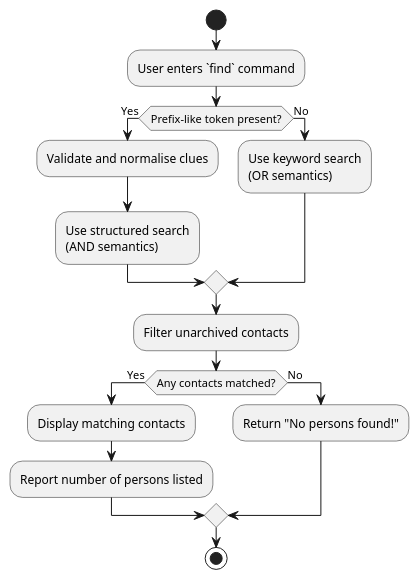
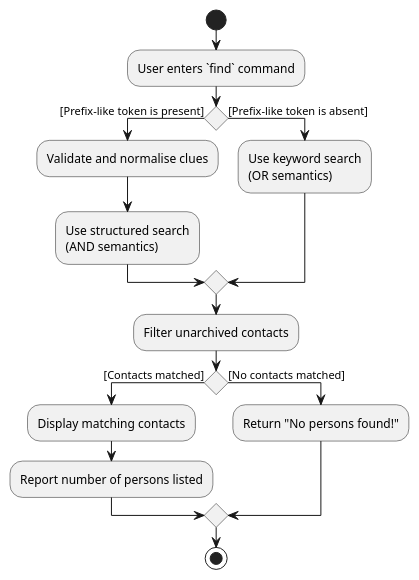
One commit to AY2627S1-CS2103T-W10-2/tp changed the diagram in docs/diagrams/MultiClueSearchActivityDiagram.puml. Above: the diagram before and after it, drawn with PlantUML. The commit also changed 1 other file, not shown here.

Commit message:
Correct activity diagram for multi-clue search

```diff
--- a/docs/diagrams/MultiClueSearchActivityDiagram.puml
+++ b/docs/diagrams/MultiClueSearchActivityDiagram.puml
@@ -1,24 +1,25 @@
 @startuml
 
 start
 
 :User enters `find` command;
 
-if (Prefix-like token present?) then (Yes)
+if () then ([Prefix-like token is present])
     :Validate and normalise clues;
     :Use structured search\n(AND semantics);
-else (No)
+else ([Prefix-like token is absent])
     :Use keyword search\n(OR semantics);
 endif
 
 :Filter unarchived contacts;
 
-if (Any contacts matched?) then (Yes)
+if () then ([Contacts matched])
     :Display matching contacts;
     :Report number of persons listed;
-else (No)
+else ([No contacts matched])
     :Return "No persons found!";
 endif
 
 stop
+
 @enduml
```
